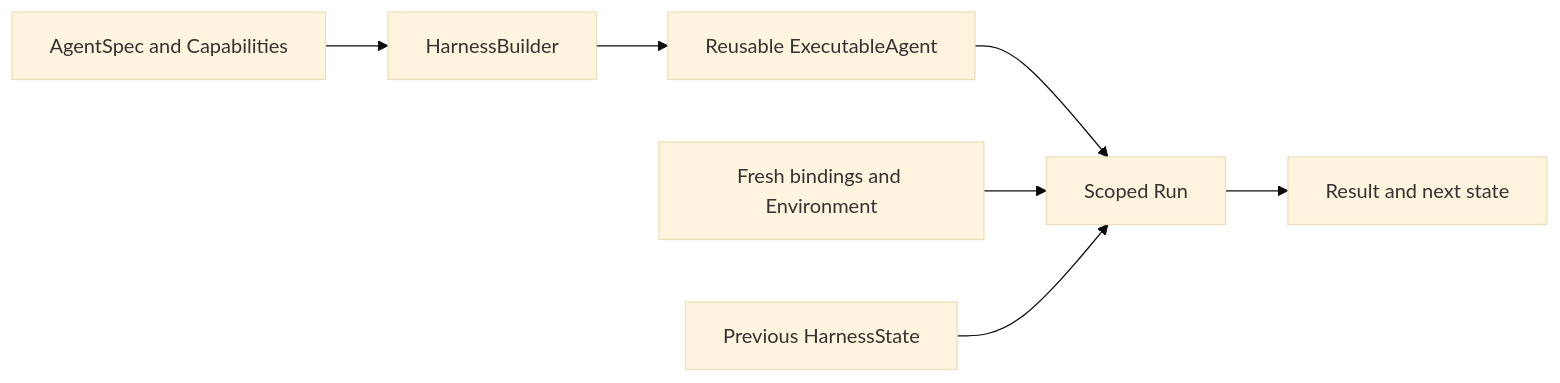
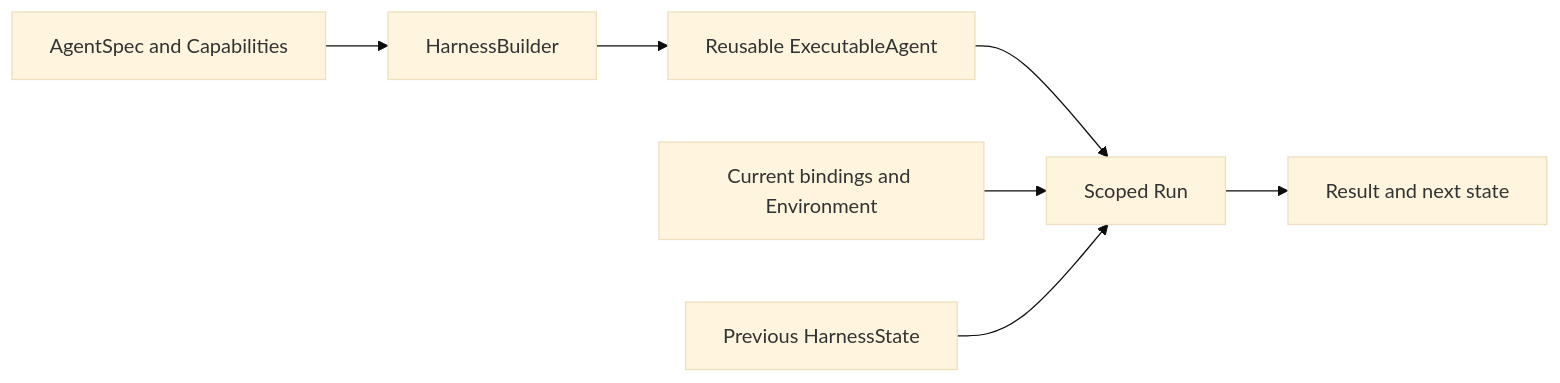
Before and after one commit to LTThreeComma/agent-foundation: the diagram in docs/a13n-harness/index.md, drawn with Mermaid (base theme). The commit also changed other lines of this file and 53 other files, not shown here.

````diff
--- a/docs/a13n-harness/index.md
+++ b/docs/a13n-harness/index.md
@@ -13,9 +9,9 @@
 ```mermaid
 flowchart LR
     Spec["AgentSpec and Capabilities"] --> Build["HarnessBuilder"]
     Build --> Agent["Reusable ExecutableAgent"]
     Agent --> Run["Scoped Run"]
-    Bindings["Fresh bindings and Environment"] --> Run
+    Bindings["Current bindings and Environment"] --> Run
     State["Previous HarnessState"] --> Run
     Run --> Result["Result and next state"]
 ```
````
